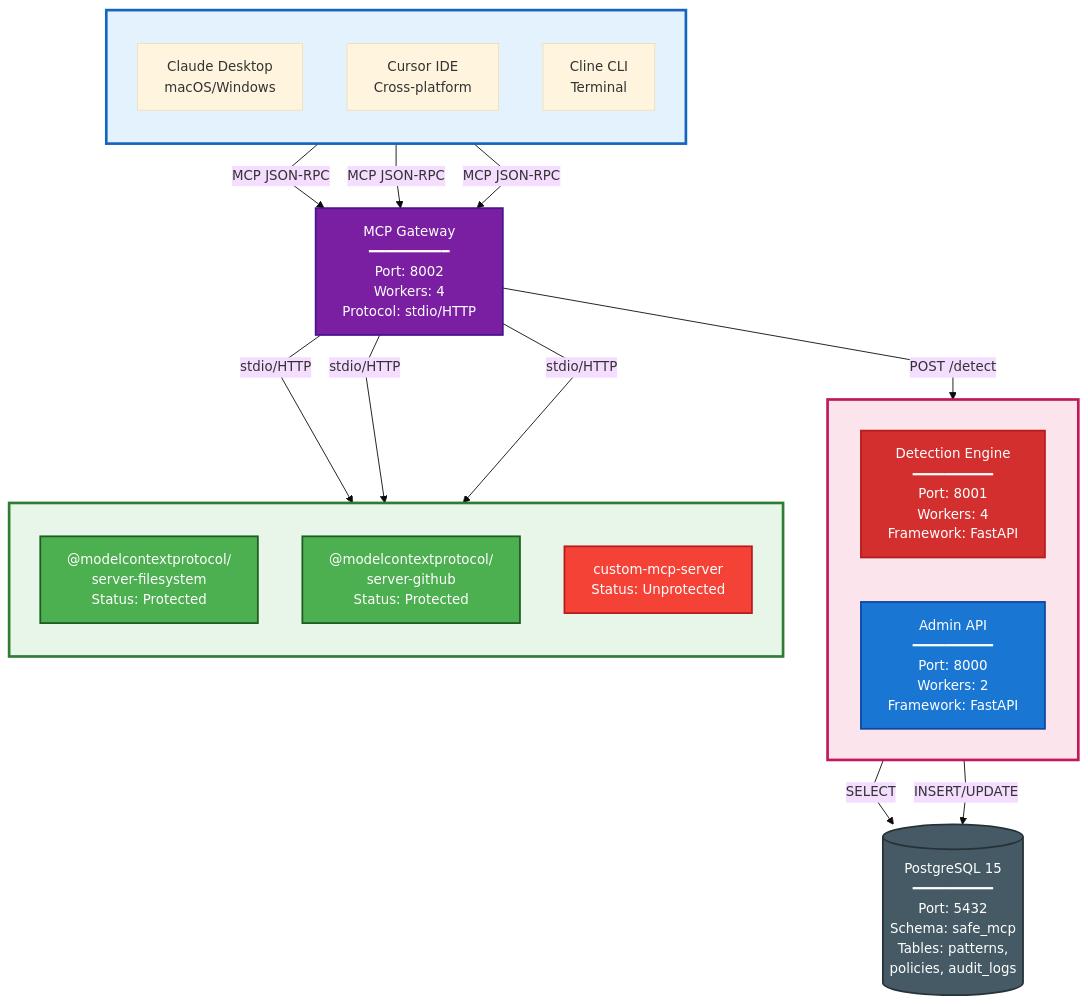
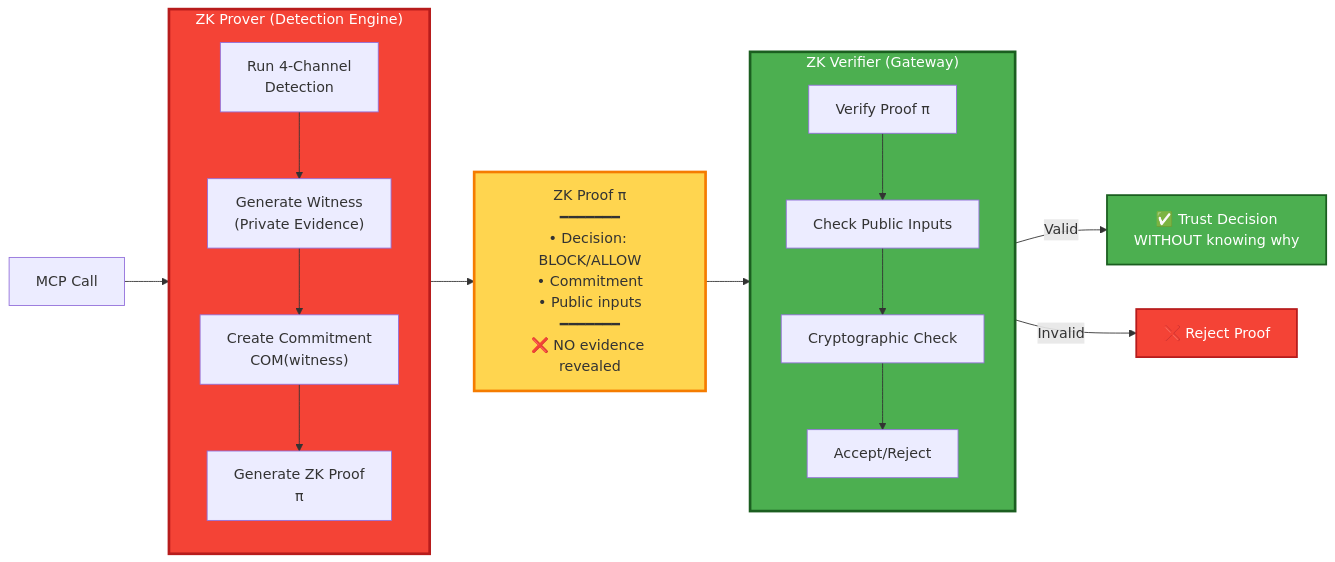
Before and after one commit to safe-mcp-platform/safe-mcp-platform: the fourth of 4 diagrams in README.md, drawn with Mermaid. The commit also changed other lines of this file and 90 other files, not shown here.

First line of the commit message:
feat: implement novel 4-channel detection architecture for MCP security

````diff
--- a/README.md
+++ b/README.md
@@ -267,51 +330,35 @@
 ```mermaid
-%%{init: {'theme':'base', 'themeVariables': {'fontSize':'15px'}, 'flowchart':{'curve':'linear'}}}%%
-flowchart TD
-    subgraph CLIENTS[" "]
+flowchart LR
+    subgraph PROVER["ZK Prover (Detection Engine)"]
         direction TB
-        C1["Claude Desktop<br/>macOS/Windows"]
-        C2["Cursor IDE<br/>Cross-platform"]
-        C3["Cline CLI<br/>Terminal"]
+        P1["Run 4-Channel<br/>Detection"]
+        P2["Generate Witness<br/>(Private Evidence)"]
+        P3["Create Commitment<br/>COM(witness)"]
+        P4["Generate ZK Proof<br/>π"]
+        P1 --> P2 --> P3 --> P4
     end
     
-    GW["MCP Gateway<br/>━━━━━━━━━━<br/>Port: 8002<br/>Workers: 4<br/>Protocol: stdio/HTTP"]
+    MCP["MCP Call"] --> PROVER
     
-    subgraph BACKEND[" "]
-        direction LR
-        DET["Detection Engine<br/>━━━━━━━━━━<br/>Port: 8001<br/>Workers: 4<br/>Framework: FastAPI"]
-        
-        ADM["Admin API<br/>━━━━━━━━━━<br/>Port: 8000<br/>Workers: 2<br/>Framework: FastAPI"]
+    P4 --> PROOF["ZK Proof π<br/>━━━━━━━<br/>• Decision: BLOCK/ALLOW<br/>• Commitment<br/>• Public inputs<br/>━━━━━━━<br/>❌ NO evidence revealed"]
+    
+    PROOF --> VERIFIER
+    
+    subgraph VERIFIER["ZK Verifier (Gateway)"]
+        direction TB
+        V1["Verify Proof π"]
+        V2["Check Public Inputs"]
+        V3["Cryptographic Check"]
+        V4["Accept/Reject"]
+        V1 --> V2 --> V3 --> V4
     end
     
-    DB[("PostgreSQL 15<br/>━━━━━━━━━━<br/>Port: 5432<br/>Schema: safe_mcp<br/>Tables: patterns,<br/>policies, audit_logs")]
+    V4 -->|Valid| ACCEPT["✅ Trust Decision<br/>WITHOUT knowing why"]
+    V4 -->|Invalid| REJECT["❌ Reject Proof"]
     
-    subgraph UPSTREAM[" "]
-        direction TB
-        U1["@modelcontextprotocol/<br/>server-filesystem<br/>Status: Protected"]
-        U2["@modelcontextprotocol/<br/>server-github<br/>Status: Protected"]
-        U3["custom-mcp-server<br/>Status: Unprotected"]
-    end
-    
-    C1 -->|"MCP JSON-RPC"| GW
-    C2 -->|"MCP JSON-RPC"| GW
-    C3 -->|"MCP JSON-RPC"| GW
-    
-    GW -->|"POST /detect"| DET
-    DET -->|"SELECT"| DB
-    ADM -->|"INSERT/UPDATE"| DB
-    
-    GW -->|"stdio/HTTP"| U1
-    GW -->|"stdio/HTTP"| U2
-    GW -->|"stdio/HTTP"| U3
-    
-    style CLIENTS fill:#e3f2fd,stroke:#1565c0,stroke-width:3px
-    style BACKEND fill:#fce4ec,stroke:#c2185b,stroke-width:3px
-    style UPSTREAM fill:#e8f5e9,stroke:#2e7d32,stroke-width:3px
-    style GW fill:#7b1fa2,color:#fff,stroke:#4a148c,stroke-width:2px
-    style DET fill:#d32f2f,color:#fff,stroke:#b71c1c,stroke-width:2px
-    style ADM fill:#1976d2,color:#fff,stroke:#0d47a1,stroke-width:2px
-    style DB fill:#455a64,color:#fff,stroke:#263238,stroke-width:2px
-    style U1 fill:#4caf50,color:#fff,stroke:#1b5e20,stroke-width:2px
-    style U2 fill:#4caf50,color:#fff,stroke:#1b5e20,stroke-width:2px
-    style U3 fill:#f44336,color:#fff,stroke:#b71c1c,stroke-width:2px
+    style PROVER fill:#f44336,color:#fff,stroke:#b71c1c,stroke-width:3px
+    style VERIFIER fill:#4caf50,color:#fff,stroke:#1b5e20,stroke-width:3px
+    style PROOF fill:#ffd54f,stroke:#f57c00,stroke-width:3px
+    style ACCEPT fill:#4caf50,color:#fff,stroke:#1b5e20,stroke-width:2px
+    style REJECT fill:#f44336,color:#fff,stroke:#b71c1c,stroke-width:2px
 ```
````
